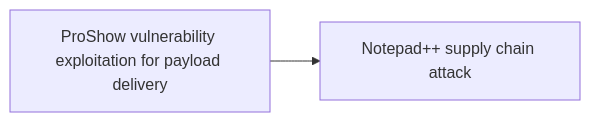
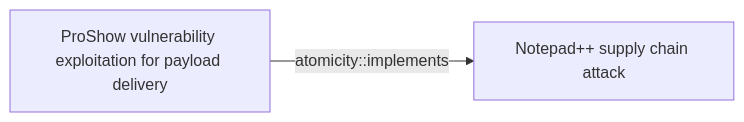
The first of 2 diagrams in docs/threats/proshow-vulnerability-exploitation-for-payload-delivery.md (opentidehq/library), drawn with Mermaid before and after one commit. The commit also changed other lines of this file and 277 other files, not shown here.

````diff
--- a/docs/threats/proshow-vulnerability-exploitation-for-payload-delivery.md
+++ b/docs/threats/proshow-vulnerability-exploitation-for-payload-delivery.md
@@ -313,6 +346,6 @@
 ```mermaid
 flowchart LR
 23d06aa7_f6d5_44ee_be8f_e6de2f495bd9["ProShow vulnerability exploitation for payload delivery"]
 8b7cae6f_b6cf_4414_9cdc_fe8c8ee7ee22["Notepad++ supply chain attack"]
-23d06aa7_f6d5_44ee_be8f_e6de2f495bd9 --> 8b7cae6f_b6cf_4414_9cdc_fe8c8ee7ee22
+23d06aa7_f6d5_44ee_be8f_e6de2f495bd9 -->|atomicity::implements| 8b7cae6f_b6cf_4414_9cdc_fe8c8ee7ee22
 ```
````
